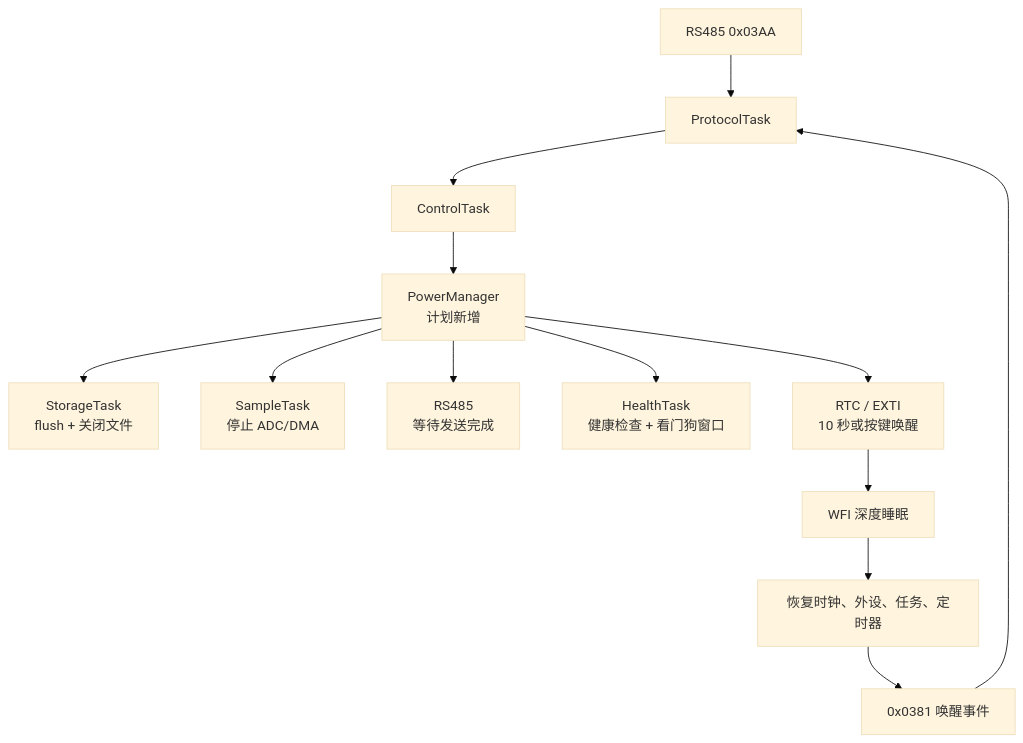
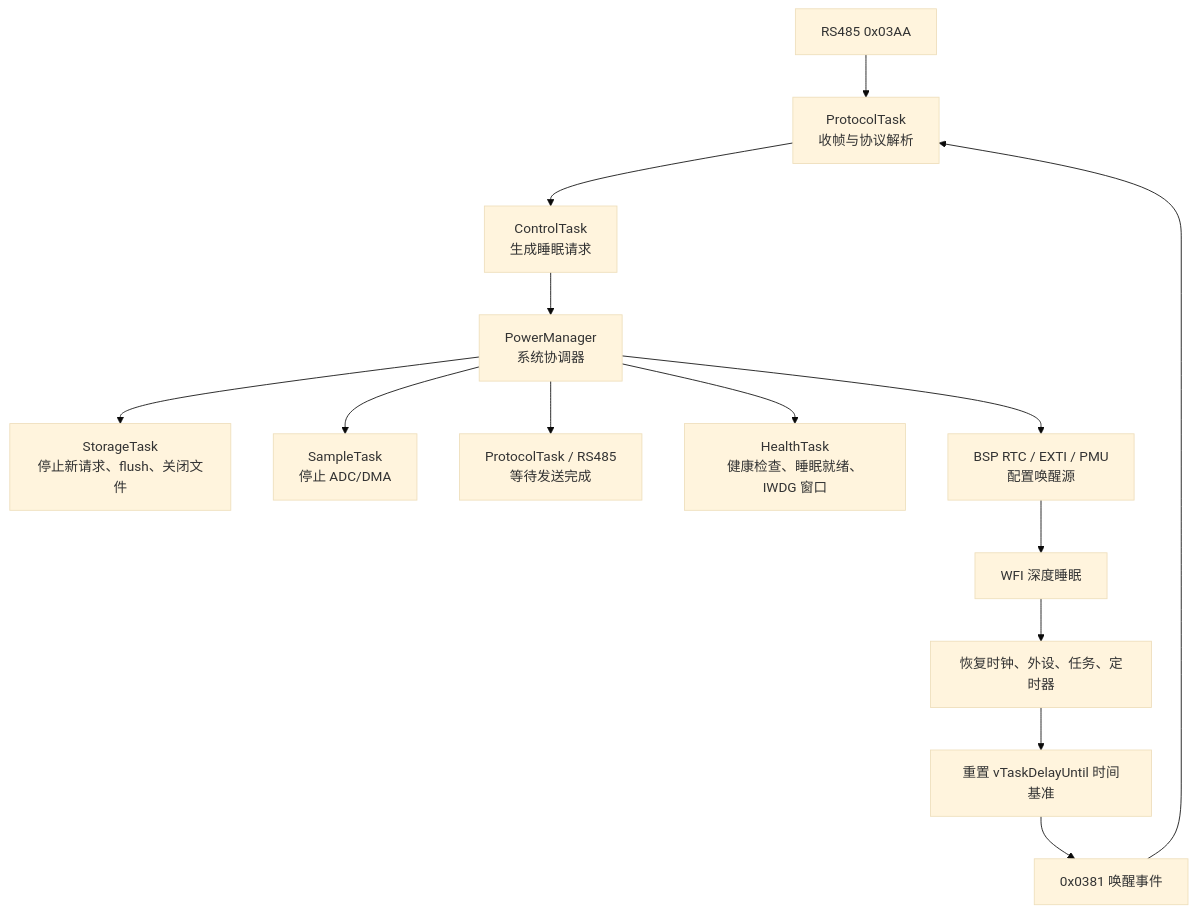
One commit to TheMIrddddddddd/EmbeddedSystem changed the second of 2 diagrams in README.md. Above: the diagram before and after it, drawn with Mermaid (base theme). The commit also changed other lines of this file and 3 other files, not shown here.

```diff
--- a/README.md
+++ b/README.md
@@ -294,24 +313,25 @@
 ~~~mermaid
 flowchart TD
     CMD["RS485 0x03AA"]
-    P["ProtocolTask"]
-    C["ControlTask"]
-    PM["PowerManager<br/>计划新增"]
-    S["StorageTask<br/>flush + 关闭文件"]
+    P["ProtocolTask<br/>收帧与协议解析"]
+    C["ControlTask<br/>生成睡眠请求"]
+    PM["PowerManager<br/>系统协调器"]
+    S["StorageTask<br/>停止新请求、flush、关闭文件"]
     A["SampleTask<br/>停止 ADC/DMA"]
-    R["RS485<br/>等待发送完成"]
-    H["HealthTask<br/>健康检查 + 看门狗窗口"]
-    W["RTC / EXTI<br/>10 秒或按键唤醒"]
-    SLEEP["WFI 深度睡眠"]
+    R["ProtocolTask / RS485<br/>等待发送完成"]
+    H["HealthTask<br/>健康检查、睡眠就绪、IWDG 窗口"]
+    HW["BSP RTC / EXTI / PMU<br/>配置唤醒源"]
+    WFI["WFI 深度睡眠"]
     RESTORE["恢复时钟、外设、任务、定时器"]
+    TICK["重置 vTaskDelayUntil 时间基准"]
     EVENT["0x0381 唤醒事件"]
 
     CMD --> P --> C --> PM
     PM --> S
     PM --> A
     PM --> R
     PM --> H
-    PM --> W --> SLEEP
-    SLEEP --> RESTORE --> EVENT
+    PM --> HW --> WFI
+    WFI --> RESTORE --> TICK --> EVENT
     EVENT --> P
 ~~~
```
